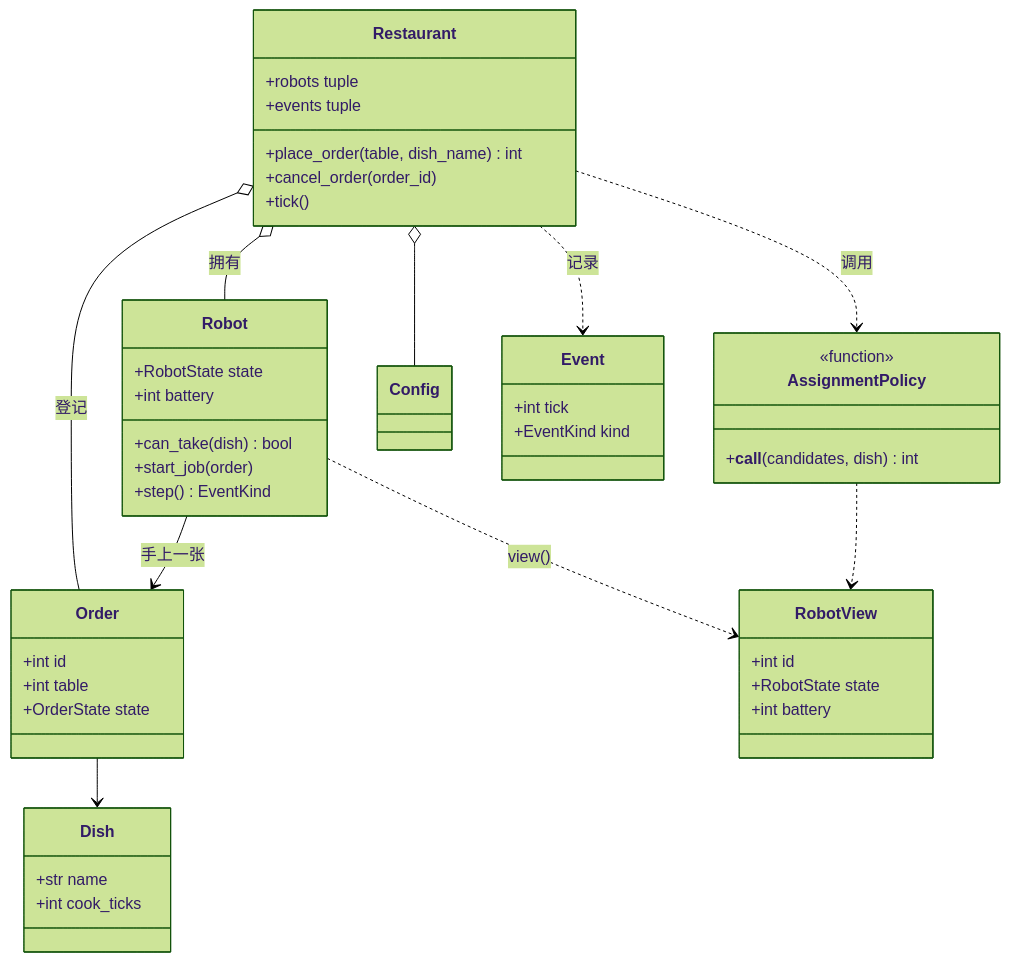
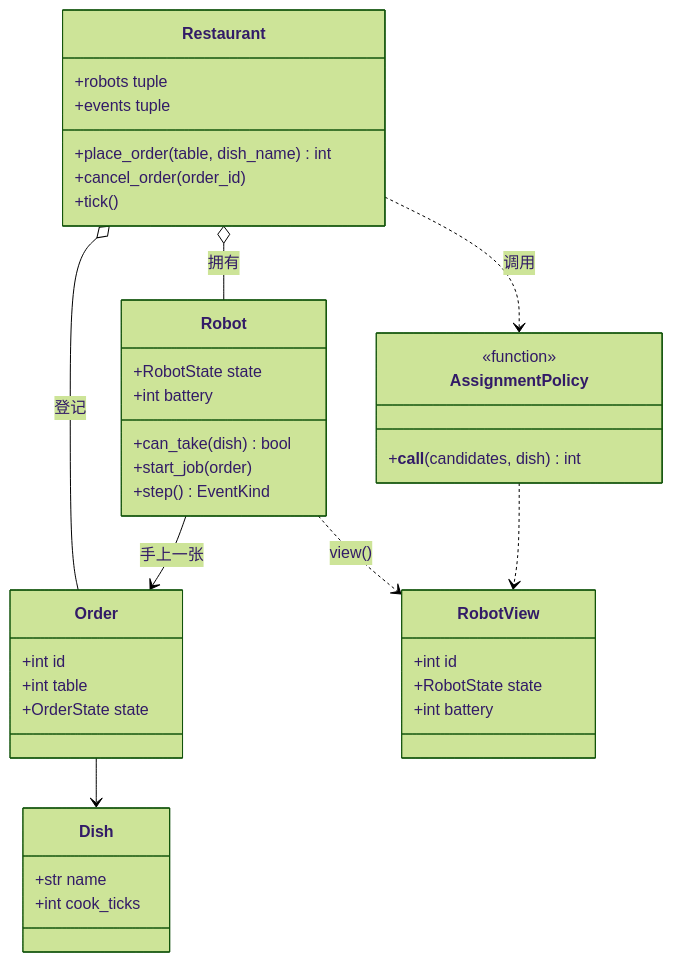
The diagram in vault/domains/low-level-design/readings/problems/solution-amz-robot-restaurant.md (ChiChasesCheese/trellis), drawn with Mermaid (forest theme) before and after one commit. The commit also changed other lines of this file and 69 other files, not shown here.

First line of the commit message:
Rewrite pass to WRITING_RULES: SD01-07, LLD amazon leaves 5-12, coding notes + cards; diagrams fit the page

````diff
--- a/vault/domains/low-level-design/readings/problems/solution-amz-robot-restaurant.md
+++ b/vault/domains/low-level-design/readings/problems/solution-amz-robot-restaurant.md
@@ -45,49 +43,42 @@
 ```mermaid
 classDiagram
     class Dish {
         +str name
         +int cook_ticks
     }
     class Order {
         +int id
         +int table
         +OrderState state
     }
     class Robot {
         +RobotState state
         +int battery
         +can_take(dish) bool
         +start_job(order)
         +step() EventKind
     }
     class RobotView {
         +int id
         +RobotState state
         +int battery
     }
     class AssignmentPolicy {
         <<function>>
         +__call__(candidates, dish) int
     }
-    class Config
     class Restaurant {
         +place_order(table, dish_name) int
         +cancel_order(order_id)
         +tick()
         +robots tuple
         +events tuple
     }
-    class Event {
-        +int tick
-        +EventKind kind
-    }
     Restaurant o-- Robot : 拥有
     Restaurant o-- Order : 登记
-    Restaurant o-- Config
     Restaurant ..> AssignmentPolicy : 调用
-    Restaurant ..> Event : 记录
     Robot --> Order : 手上一张
     Order --> Dish
     Robot ..> RobotView : view()
     AssignmentPolicy ..> RobotView
 ```
````
